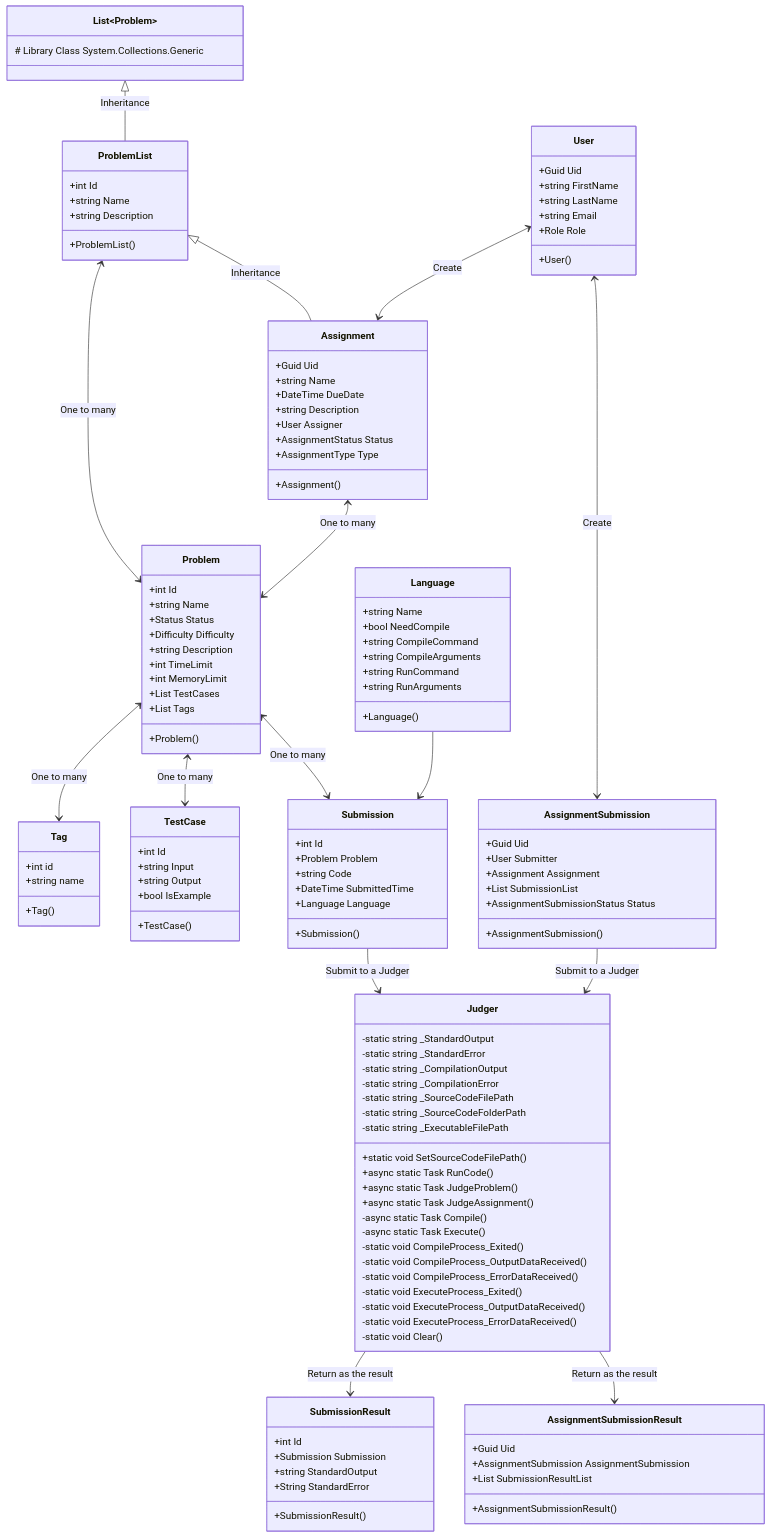
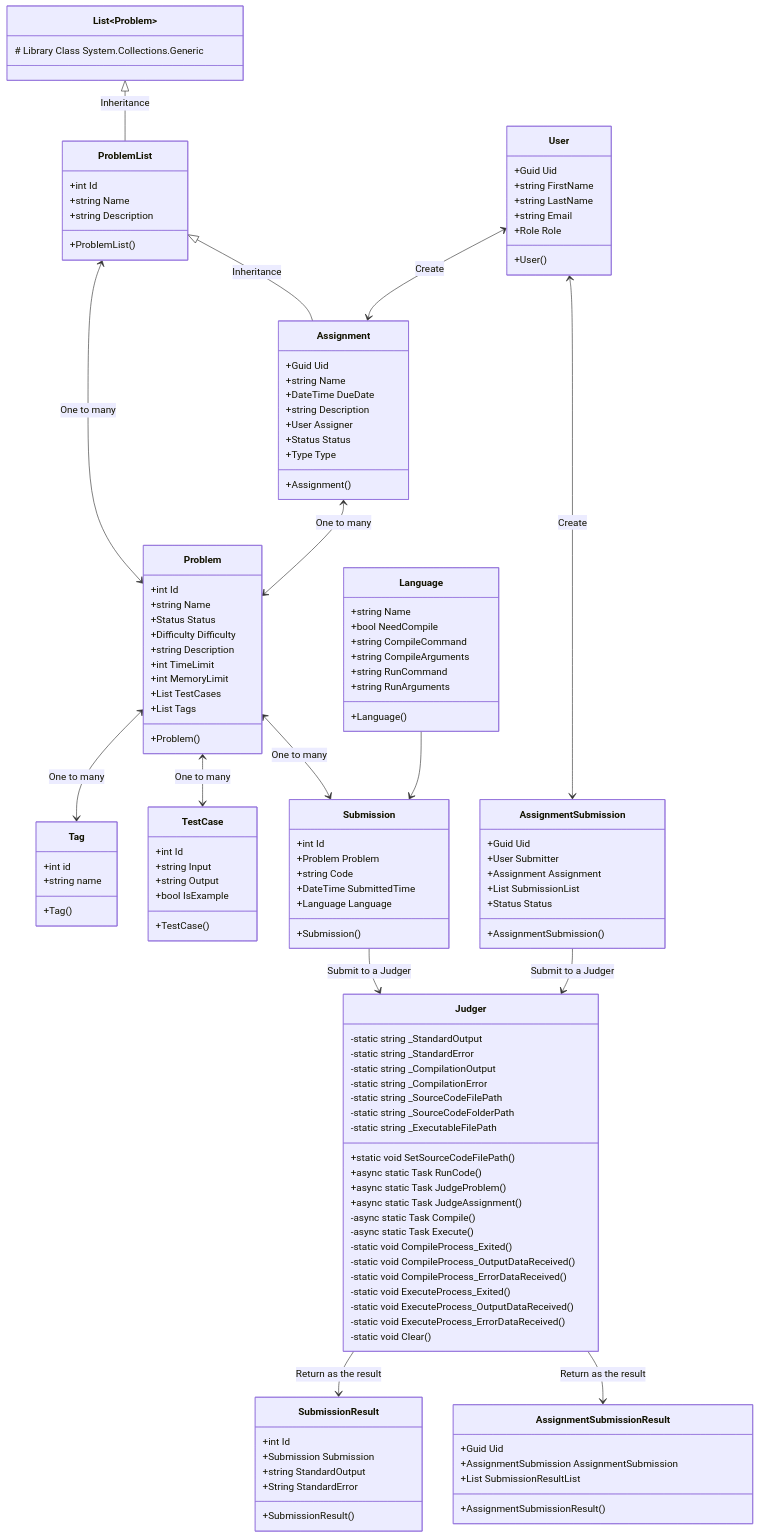
One commit to HEIGE-PCloud/Algorithm-Dynamics changed the diagram in report/graphs/classDiagram.mmd. Above: the diagram before and after it, drawn with Mermaid. The commit also changed 2 other files, not shown here.

```diff
--- a/report/graphs/classDiagram.mmd
+++ b/report/graphs/classDiagram.mmd
@@ -1,126 +1,126 @@
 classDiagram
     class Tag{
         +int id
         +string name
         +Tag()
     }
     class TestCase{
         +int Id
         +string Input
         +string Output
         +bool IsExample
         +TestCase()
     }
     class Problem{
         +int Id
         +string Name
         +Status Status
         +Difficulty Difficulty
         +string Description
         +int TimeLimit
         +int MemoryLimit
         +List<TestCase> TestCases
         +List<Tag> Tags
         +Problem()
     }
     class List~Problem~ {
         # Library Class System.Collections.Generic
     }
     class ProblemList{
         +int Id
         +string Name
         +string Description
         +ProblemList()
     }
     class Assignment{
         +Guid Uid
         +string Name
         +DateTime DueDate
         +string Description
         +User Assigner
-        +AssignmentStatus Status
-        +AssignmentType Type
+        +Status Status
+        +Type Type
         +Assignment()
     }
     class Submission{
         +int Id
         +Problem Problem
         +string Code
         +DateTime SubmittedTime
         +Language Language
         +Submission()
     }
     class SubmissionResult{
         +int Id
         +Submission Submission
         +string StandardOutput
         +String StandardError
         +SubmissionResult()
     }
     class AssignmentSubmission{
         +Guid Uid
         +User Submitter
         +Assignment Assignment
         +List<Submission> SubmissionList
-        +AssignmentSubmissionStatus Status
+        +Status Status
         +AssignmentSubmission()
     }
     class AssignmentSubmissionResult{
         +Guid Uid
         +AssignmentSubmission AssignmentSubmission
         +List<SubmissionResult> SubmissionResultList
         +AssignmentSubmissionResult()
     }
     class Judger{
         -static string _StandardOutput
         -static string _StandardError
         -static string _CompilationOutput
         -static string _CompilationError
         -static string _SourceCodeFilePath
         -static string _SourceCodeFolderPath
         -static string _ExecutableFilePath
         +static void SetSourceCodeFilePath()
         +async static Task<SubmissionResult> RunCode()
         +async static Task<SubmissionResult> JudgeProblem()
         +async static Task<AssignmentSubmission> JudgeAssignment()
         -async static Task<int> Compile()
         -async static Task<int> Execute()
         -static void CompileProcess_Exited()
         -static void CompileProcess_OutputDataReceived()
         -static void CompileProcess_ErrorDataReceived()
         -static void ExecuteProcess_Exited()
         -static void ExecuteProcess_OutputDataReceived()
         -static void ExecuteProcess_ErrorDataReceived()
         -static void Clear()
     }
     class User{
         +Guid Uid
         +string FirstName
         +string LastName
         +string Email
         +Role Role
         +User()
     }
     class Language{
         +string Name
         +bool NeedCompile
         +string CompileCommand
         +string CompileArguments
         +string RunCommand
         +string RunArguments
         +Language()
     }
     List <|-- ProblemList: Inheritance
     ProblemList <|-- Assignment: Inheritance
     Submission --> Judger: Submit to a Judger
     Judger -->  SubmissionResult: Return as the result
     Problem <--> Tag:One to many
     Problem <--> TestCase:One to many
     Problem <--> Submission:One to many
     Language --> Submission
     ProblemList <--> Problem:One to many
     Assignment <--> Problem:One to many
     User <--> Assignment:Create
     User <--> AssignmentSubmission:Create
     AssignmentSubmission --> Judger: Submit to a Judger
     Judger -->  AssignmentSubmissionResult: Return as the result
```
